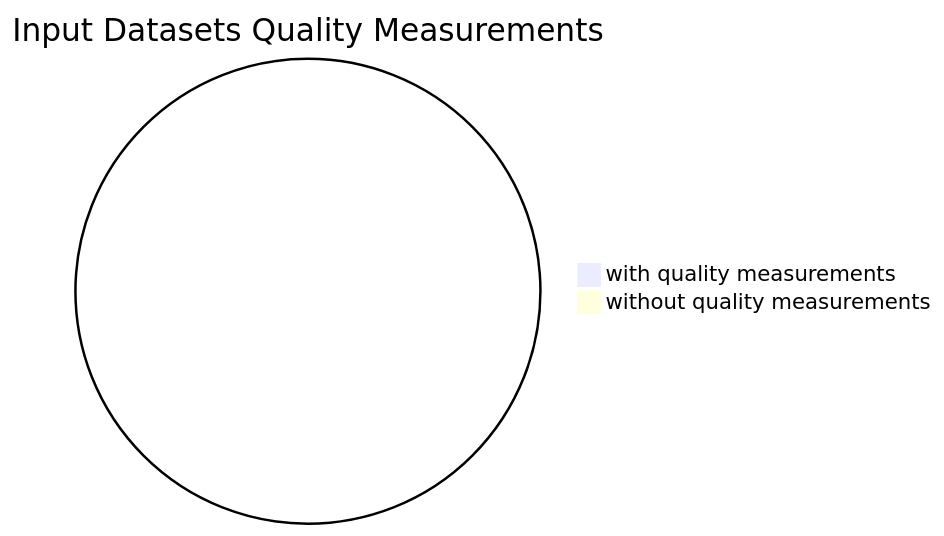
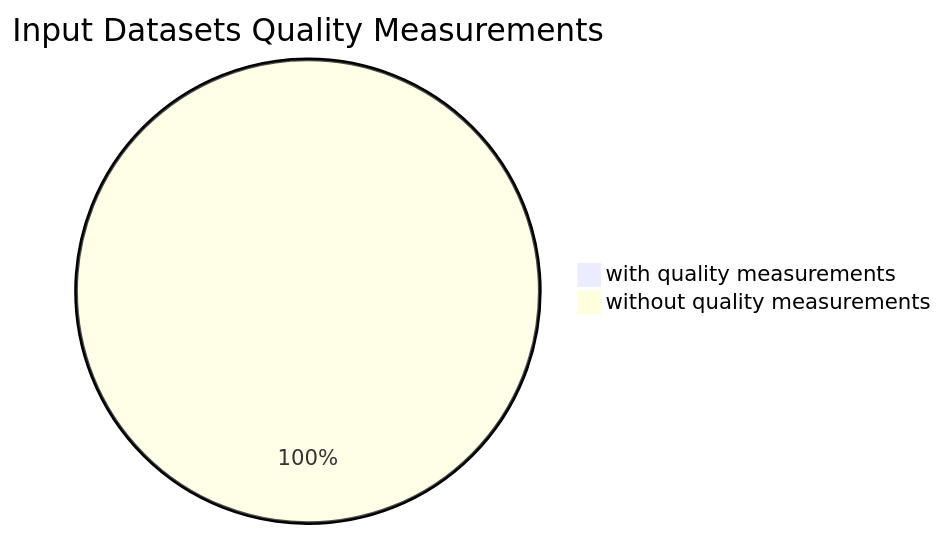
The second of 2 diagrams in modules/dataset/pages/herrcgre.adoc (uuidea/test-catalog), drawn with Mermaid before and after one commit. The commit also changed other lines of this file and 7 other files, not shown here.

```diff
--- a/modules/dataset/pages/herrcgre.adoc
+++ b/modules/dataset/pages/herrcgre.adoc
@@ -60,7 +62,7 @@
 [mermaid, supply-chain-analysis, svg]
 ---- 
 pie
     title Input Datasets Quality Measurements
     "with quality measurements" : 0
-    "without quality measurements" : 0
+    "without quality measurements" : 1
 ----
```
